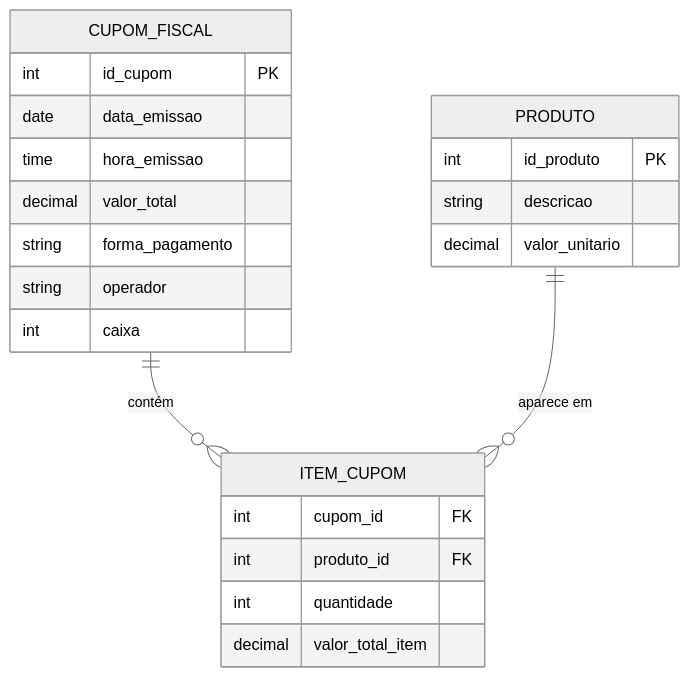
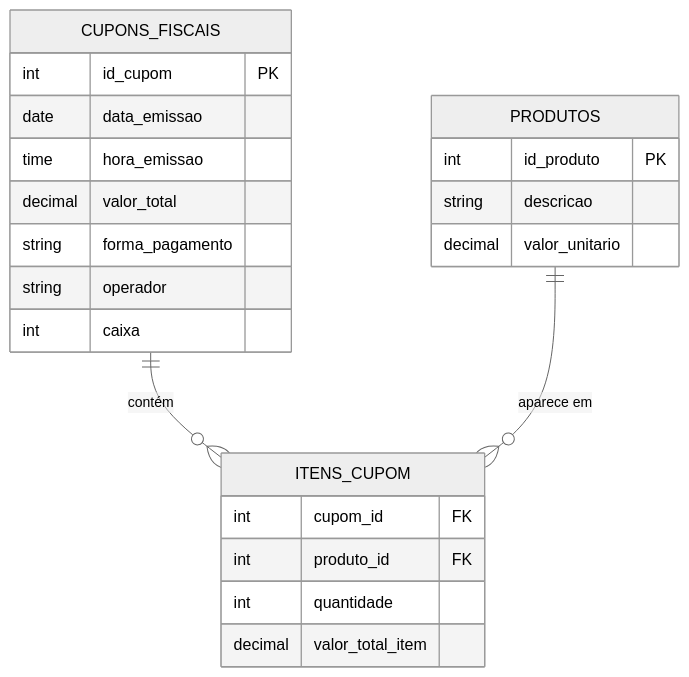
Before and after one commit to GTI-Fatec-Jahu/BDA-GTI-2026-2: diagram 14 of 15 in docs/aulas/Aula_02_Modelagem_Entidades.md, drawn with Mermaid (neutral theme). The commit also changed other lines of this file and 5 other files, not shown here.

````diff
--- a/docs/aulas/Aula_02_Modelagem_Entidades.md
+++ b/docs/aulas/Aula_02_Modelagem_Entidades.md
@@ -587,25 +587,25 @@
 ```mermaid
 erDiagram
-    CUPOM_FISCAL {
+    CUPONS_FISCAIS {
         int id_cupom PK
         date data_emissao
         time hora_emissao
         decimal valor_total
         string forma_pagamento
         string operador
         int caixa
     }
-    PRODUTO {
+    PRODUTOS {
         int id_produto PK
         string descricao
         decimal valor_unitario
     }
-    ITEM_CUPOM {
+    ITENS_CUPOM {
         int cupom_id FK
         int produto_id FK
         int quantidade
         decimal valor_total_item
     }
-    CUPOM_FISCAL ||--o{ ITEM_CUPOM : "contém"
-    PRODUTO ||--o{ ITEM_CUPOM : "aparece em"
+    CUPONS_FISCAIS ||--o{ ITENS_CUPOM : "contém"
+    PRODUTOS ||--o{ ITENS_CUPOM : "aparece em"
 ```
````
